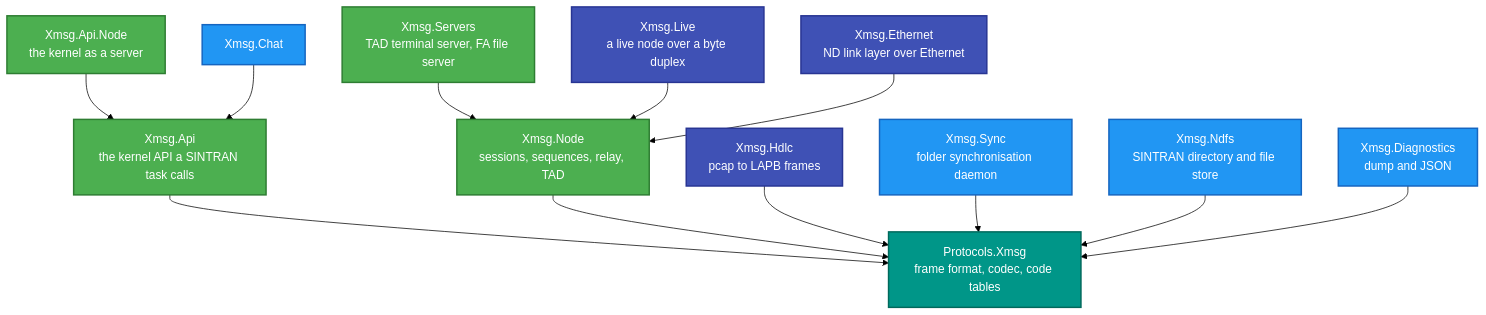
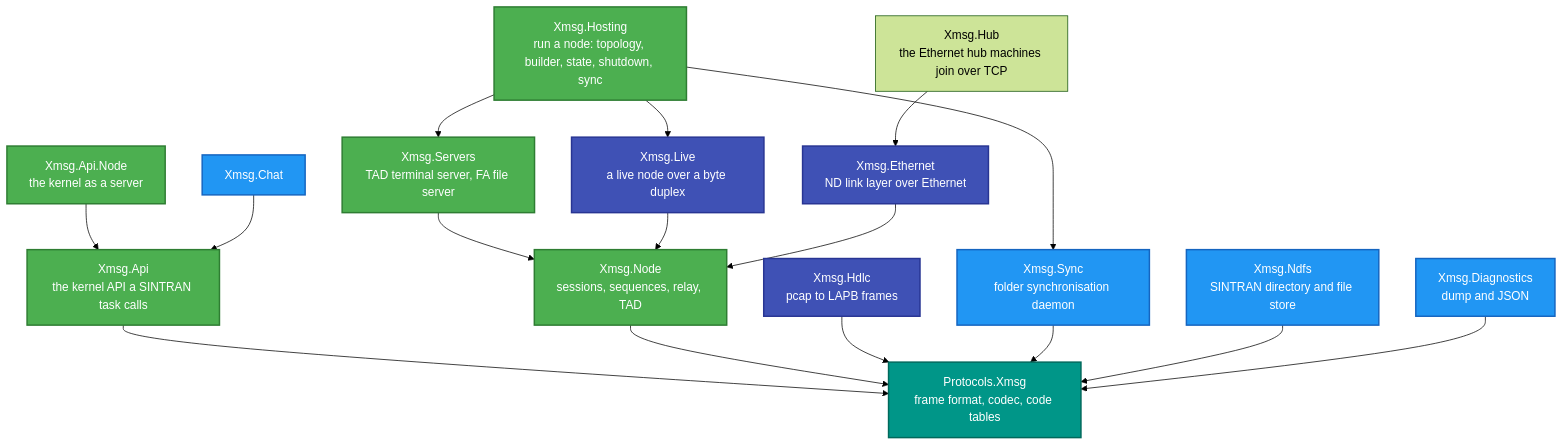
One commit to RetroCoreLabs/RetroIO changed the third of 3 diagrams in src/RetroIO.Protocols.Xmsg/README.md. Above: the diagram before and after it, drawn with Mermaid (forest theme). The commit also changed other lines of this file and 166 other files, not shown here.

````diff
--- a/src/RetroIO.Protocols.Xmsg/README.md
+++ b/src/RetroIO.Protocols.Xmsg/README.md
@@ -105,39 +105,45 @@
 ```mermaid
 flowchart TB
     WIRE["Protocols.Xmsg<br/>frame format, codec, code tables"]
     API["Xmsg.Api<br/>the kernel API a SINTRAN task calls"]
     APINODE["Xmsg.Api.Node<br/>the kernel as a server"]
     NODE["Xmsg.Node<br/>sessions, sequences, relay, TAD"]
     SERVERS["Xmsg.Servers<br/>TAD terminal server, FA file server"]
+    HOSTING["Xmsg.Hosting<br/>run a node: topology, builder, state, shutdown, sync"]
 
     HDLC["Xmsg.Hdlc<br/>pcap to LAPB frames"]
     LIVE["Xmsg.Live<br/>a live node over a byte duplex"]
     ETH["Xmsg.Ethernet<br/>ND link layer over Ethernet"]
+    HUB["Xmsg.Hub<br/>the Ethernet hub machines join over TCP"]
 
     CHAT["Xmsg.Chat"]
     SYNC["Xmsg.Sync<br/>folder synchronisation daemon"]
     NDFS["Xmsg.Ndfs<br/>SINTRAN directory and file store"]
     DIAG["Xmsg.Diagnostics<br/>dump and JSON"]
 
     API --> WIRE
     APINODE --> API
     NODE --> WIRE
     SERVERS --> NODE
+    HOSTING --> SERVERS
+    HOSTING --> LIVE
+    HOSTING --> SYNC
     HDLC --> WIRE
+    HUB --> ETH
     LIVE --> NODE
     ETH --> NODE
     CHAT --> API
     SYNC --> WIRE
     NDFS --> WIRE
     DIAG --> WIRE
 
     classDef core fill:#009688,stroke:#00695C,stroke-width:2px,color:#fff
     classDef ok   fill:#4CAF50,stroke:#2E7D32,stroke-width:2px,color:#fff
     classDef sock fill:#3F51B5,stroke:#283593,stroke-width:2px,color:#fff
     classDef app  fill:#2196F3,stroke:#1565C0,stroke-width:2px,color:#fff
 
     class WIRE core
-    class API,APINODE,NODE,SERVERS ok
+    class API,APINODE,NODE,SERVERS,HOSTING ok
     class HDLC,LIVE,ETH sock
     class CHAT,SYNC,NDFS,DIAG app
 ```
````
